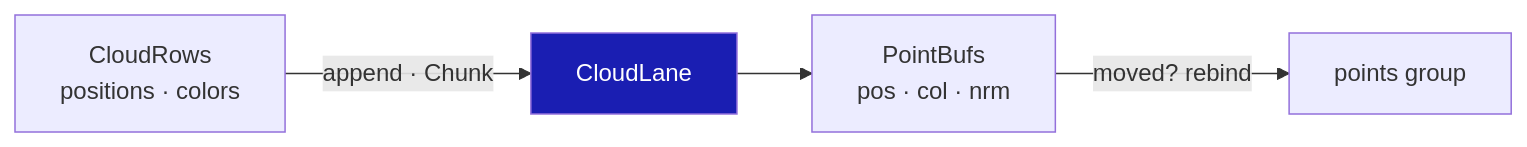
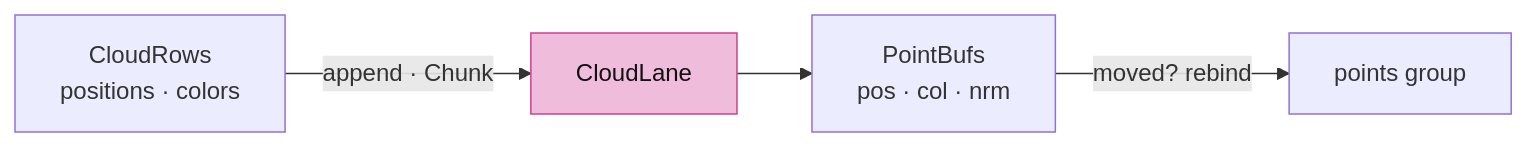
One commit to petrasvestartas/session changed the second of 6 diagrams in session_viewer/docs/04d-clouds.md. Above: the diagram before and after it, drawn with Mermaid. The commit also changed other lines of this file and 23 other files, not shown here.

Commit message:
Course: Mermaid nodes white with black text, highlighted nodes pink, white arrows and edge labels on the black ground

````diff
--- a/session_viewer/docs/04d-clouds.md
+++ b/session_viewer/docs/04d-clouds.md
@@ -36,7 +36,7 @@
 ```mermaid
 flowchart LR
     CR["CloudRows<br/>positions · colors"] -- "append · Chunk" --> CL["CloudLane"]
     CL --> PB["PointBufs<br/>pos · col · nrm"]
     PB -- "moved? rebind" --> BG["points group"]
-    style CL fill:#1a1eb2,color:#fff
+    style CL fill:#f0bcdb,stroke:#ce4095,color:#111
 ```
````
